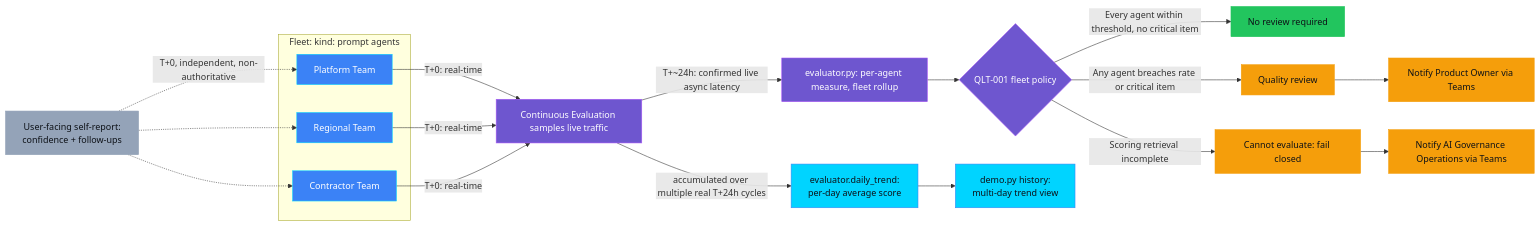
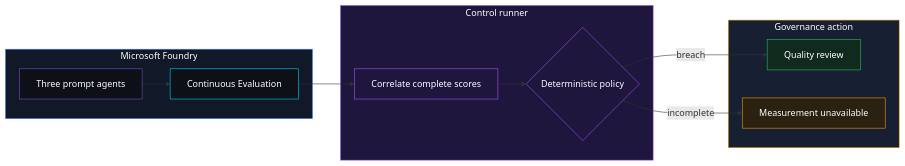
Before and after one commit to doruit/forged-with-foundry: the diagram in controls/grounding_and_quality/QLT-001_hallucination_rate_high/README.md, drawn with Mermaid. The commit also changed other lines of this file and 27 other files, not shown here.

````diff
--- a/controls/grounding_and_quality/QLT-001_hallucination_rate_high/README.md
+++ b/controls/grounding_and_quality/QLT-001_hallucination_rate_high/README.md
@@ -181,38 +132,34 @@
 ```mermaid
 flowchart LR
-    subgraph Fleet["Fleet: kind: prompt agents"]
-        F1[Platform Team]
-        F2[Regional Team]
-        F3[Contractor Team]
-    end
-    F1 -->|"T+0: real-time"| C[Continuous Evaluation samples live traffic]
-    F2 -->|"T+0: real-time"| C
-    F3 -->|"T+0: real-time"| C
-    C -->|"T+~24h: confirmed live async latency"| R[evaluator.py: per-agent measure, fleet rollup]
-    R --> P{QLT-001 fleet policy}
-    P -->|Every agent within threshold, no critical item| A[No review required]
-    P -->|Any agent breaches rate or critical item| G[Quality review]
-    P -->|Scoring retrieval incomplete| B[Cannot evaluate: fail closed]
-    G --> O[Notify Product Owner via Teams]
-    B --> N[Notify AI Governance Operations via Teams]
+  subgraph F["Microsoft Foundry"]
+    A["Three prompt agents"]
+    C["Continuous Evaluation"]
+    A --> C
+  end
+  subgraph M["Control runner"]
+    R["Correlate complete scores"]
+    P{"Deterministic policy"}
+    R --> P
+  end
+  subgraph G["Governance action"]
+    Q["Quality review"]
+    U["Measurement unavailable"]
+  end
+  C --> R
+  P -->|"breach"| Q
+  P -->|"incomplete"| U
 
-    C -->|"accumulated over multiple real T+24h cycles"| H[evaluator.daily_trend:<br/>per-day average score]
-    H --> V[demo.py history:<br/>multi-day trend view]
-
-    U[User-facing self-report:<br/>confidence + follow-ups] -.->|T+0, independent, non-authoritative| F1
-    U -.-> F2
-    U -.-> F3
-
-    classDef governance fill:#6E56CF,stroke:#A855F7,color:#FFFFFF
-    classDef platform fill:#3B82F6,stroke:#00D4FF,color:#FFFFFF
-    classDef success fill:#22C55E,stroke:#22C55E,color:#0D1117
-    classDef attention fill:#F59E0B,stroke:#F59E0B,color:#0D1117
-    classDef nudge fill:#94A3B8,stroke:#94A3B8,color:#0D1117
-    classDef trend fill:#00D4FF,stroke:#3B82F6,color:#0D1117
-    class C,R,P governance
-    class F1,F2,F3 platform
-    class A success
-    class G,B,O,N attention
-    class U nudge
-    class H,V trend
+  classDef fleet fill:#0D1117,stroke:#6E56CF,color:#FFFFFF
+  classDef signal fill:#0D1117,stroke:#00D4FF,color:#FFFFFF
+  classDef policy fill:#1F163D,stroke:#A855F7,color:#FFFFFF
+  classDef success fill:#102A1D,stroke:#22C55E,color:#FFFFFF
+  classDef warning fill:#2B2110,stroke:#F59E0B,color:#FFFFFF
+  class A fleet
+  class C signal
+  class R,P policy
+  class Q success
+  class U warning
+  style F fill:#111827,stroke:#3B82F6,color:#FFFFFF
+  style M fill:#1F163D,stroke:#A855F7,color:#FFFFFF
+  style G fill:#172033,stroke:#F59E0B,color:#FFFFFF
 ```
````
